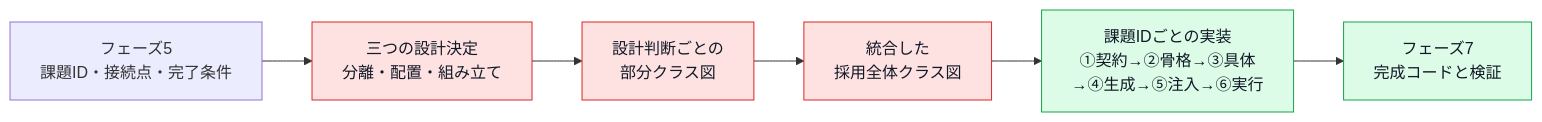
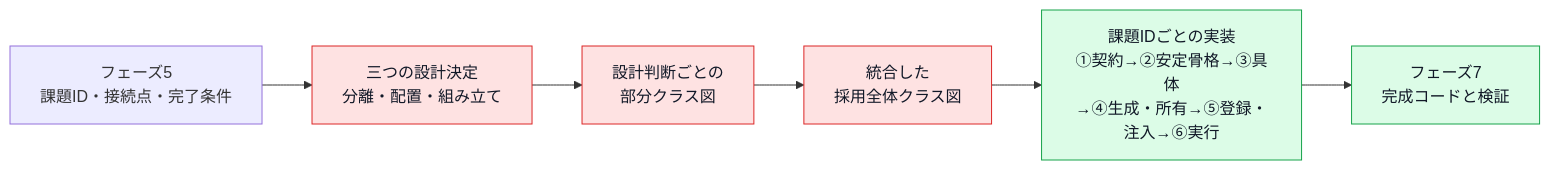
The first of 8 diagrams in kindle/design-patterns/output/chapter00_2.md (kumachan1101-pixel/DesignPattern), drawn with Mermaid before and after one commit. The commit also changed other lines of this file and 23 other files, not shown here.

````diff
--- a/kindle/design-patterns/output/chapter00_2.md
+++ b/kindle/design-patterns/output/chapter00_2.md
@@ -63,16 +65,16 @@
 ```mermaid
 flowchart LR
     A["フェーズ5<br/>課題ID・接続点・完了条件"]
     B["三つの設計決定<br/>分離・配置・組み立て"]
     C["設計判断ごとの<br/>部分クラス図"]
     D["統合した<br/>採用全体クラス図"]
-    E["課題IDごとの実装<br/>①契約→②骨格→③具体<br/>→④生成→⑤注入→⑥実行"]
+    E["課題IDごとの実装<br/>①契約→②安定骨格→③具体<br/>→④生成・所有→⑤登録・注入→⑥実行"]
     F["フェーズ7<br/>完成コードと検証"]
 
     A --> B --> C --> D --> E --> F
 
     classDef decision fill:#fee2e2,stroke:#dc2626,color:#111827;
     classDef implementation fill:#dcfce7,stroke:#16a34a,color:#111827;
     class B,C,D decision;
     class E,F implementation;
 ```
````
